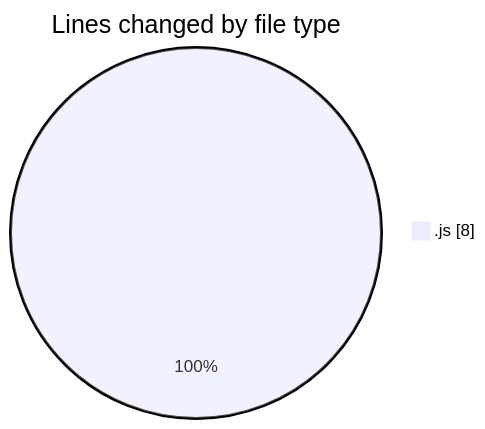
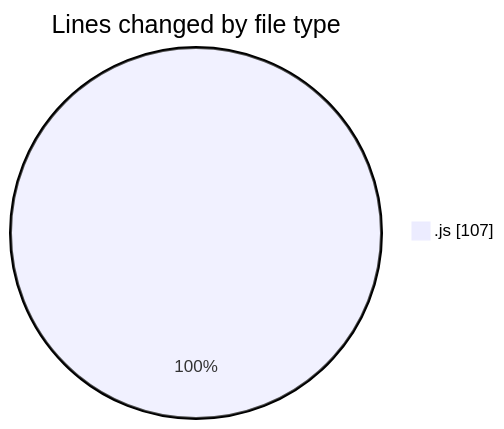
The first of 2 diagrams in 2025-03-13/cda/README.md (momahboobian/code-tracking), drawn with Mermaid before and after one commit. The commit also changed other lines of this file and 1 other file, not shown here.

````diff
--- a/2025-03-13/cda/README.md
+++ b/2025-03-13/cda/README.md
@@ -20,5 +21,5 @@
 ```mermaid
 pie showData
 title Lines changed by file type
-".js" : 8
+".js" : 107
 ```
````
